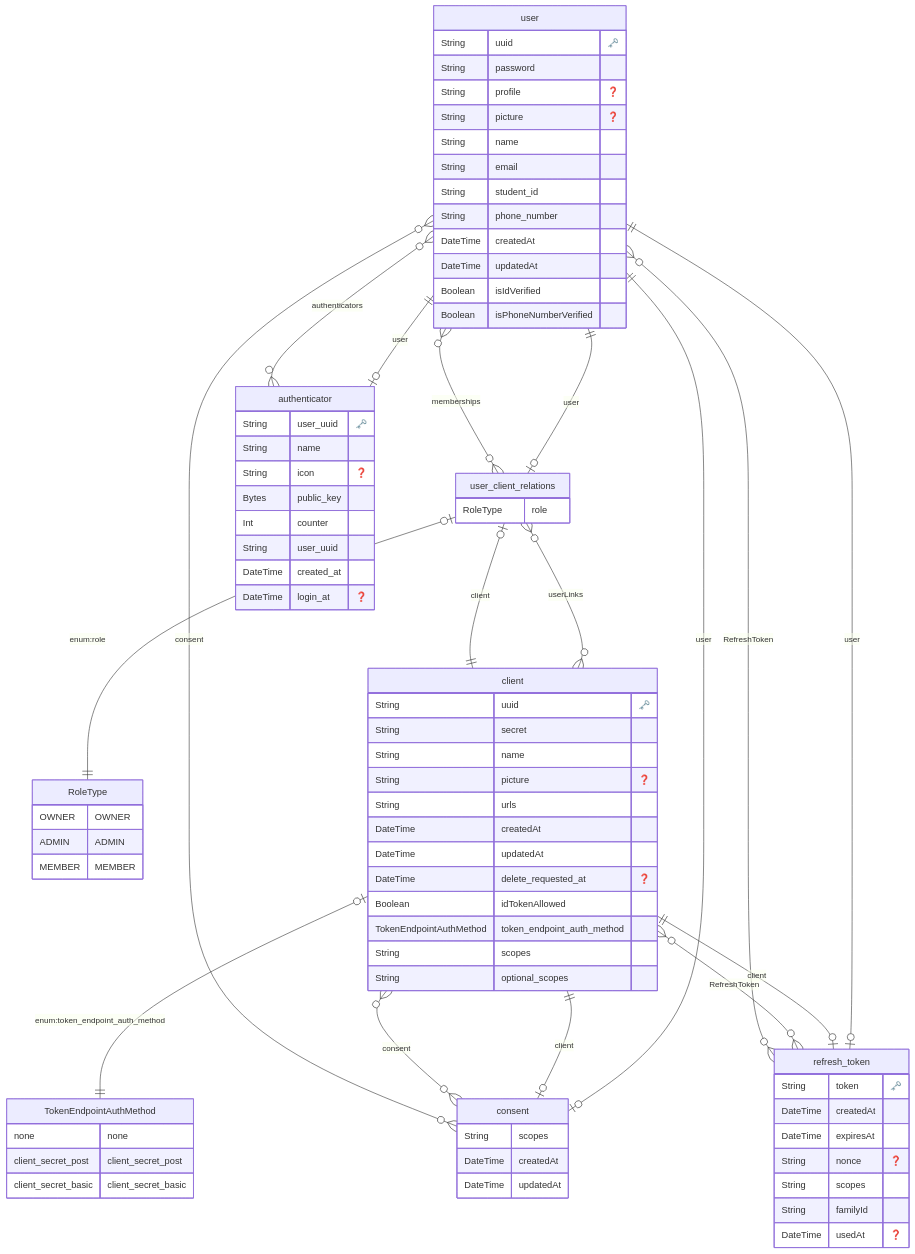
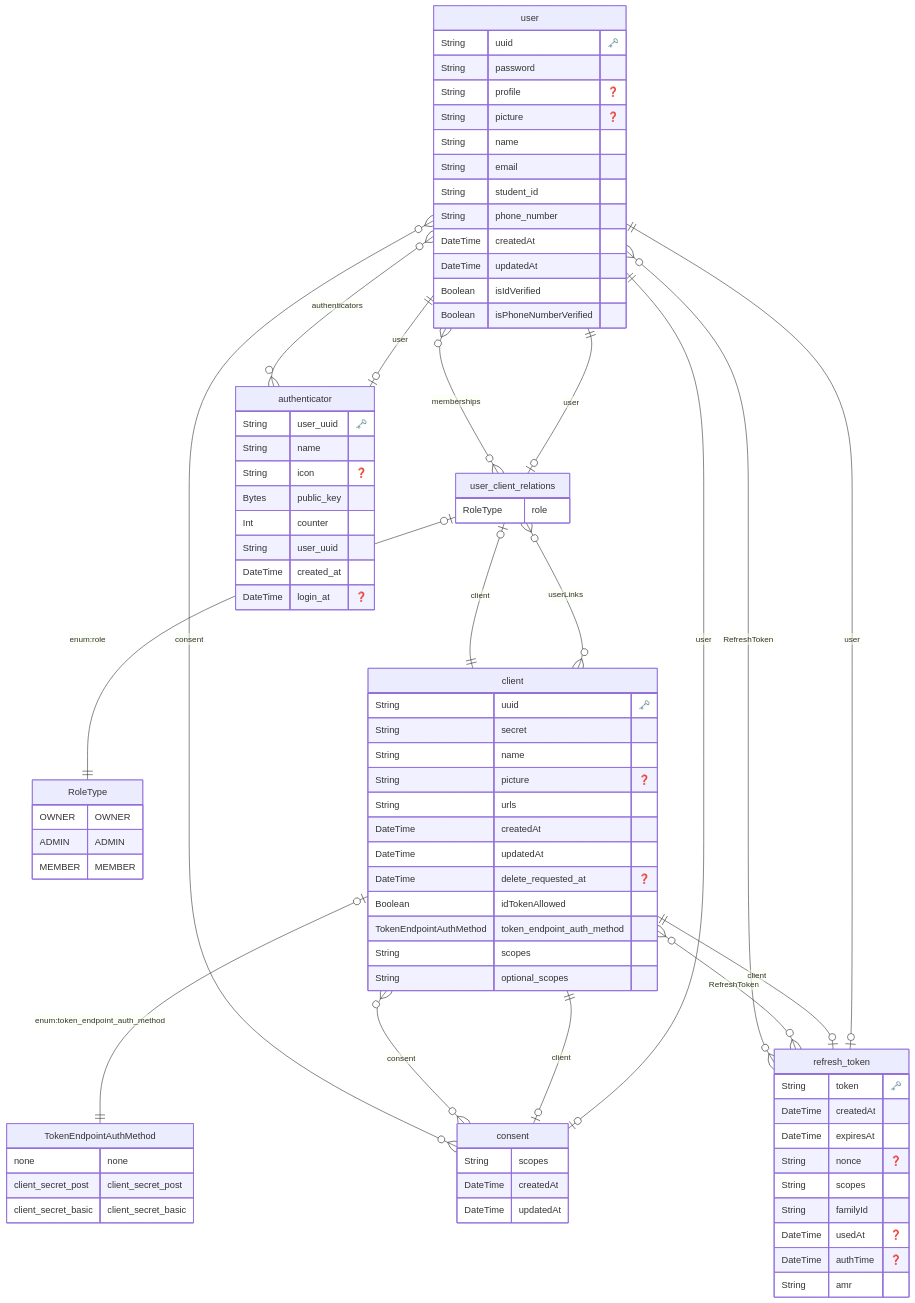
The diagram in docs/erd.md (gsainfoteam/account-be), drawn with Mermaid before and after one commit.

Commit message:
docs(erd): add authTime and amr to refresh_token

```diff
--- a/docs/erd.md
+++ b/docs/erd.md
@@ -60,6 +60,8 @@
     String scopes 
     String familyId 
     DateTime usedAt "❓"
+    DateTime authTime "❓"
+    String amr 
     }
   
 
```
